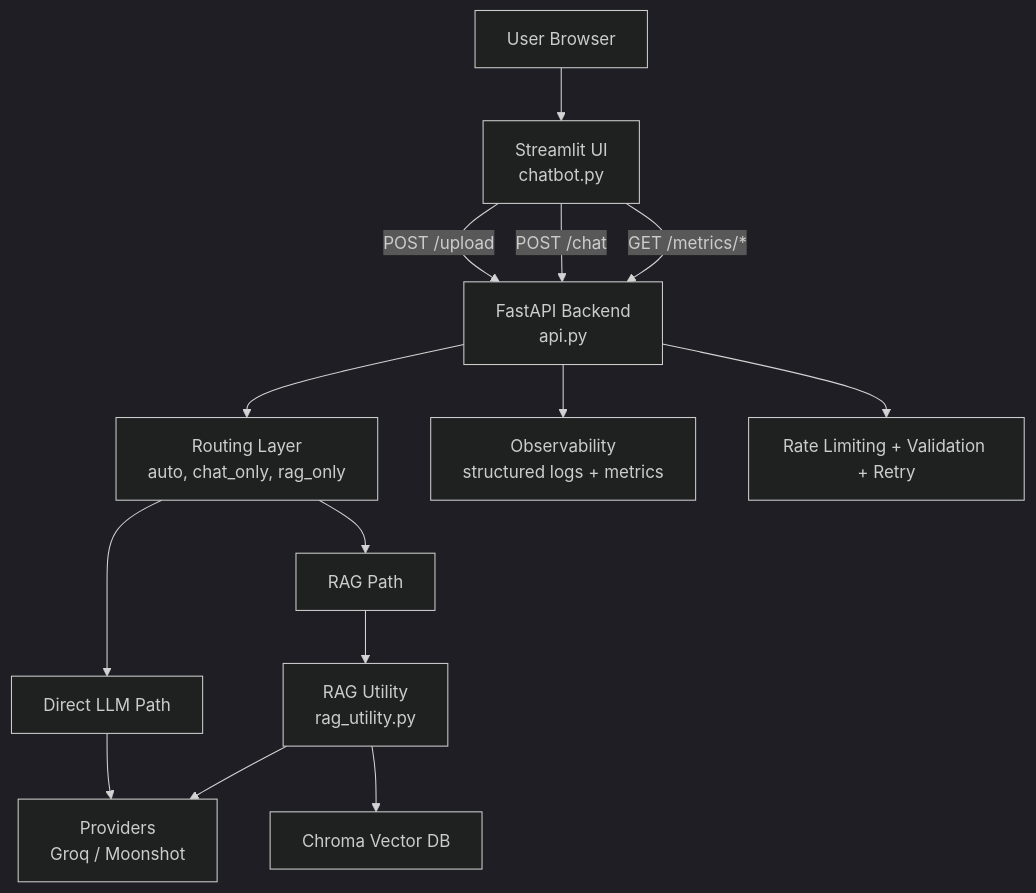
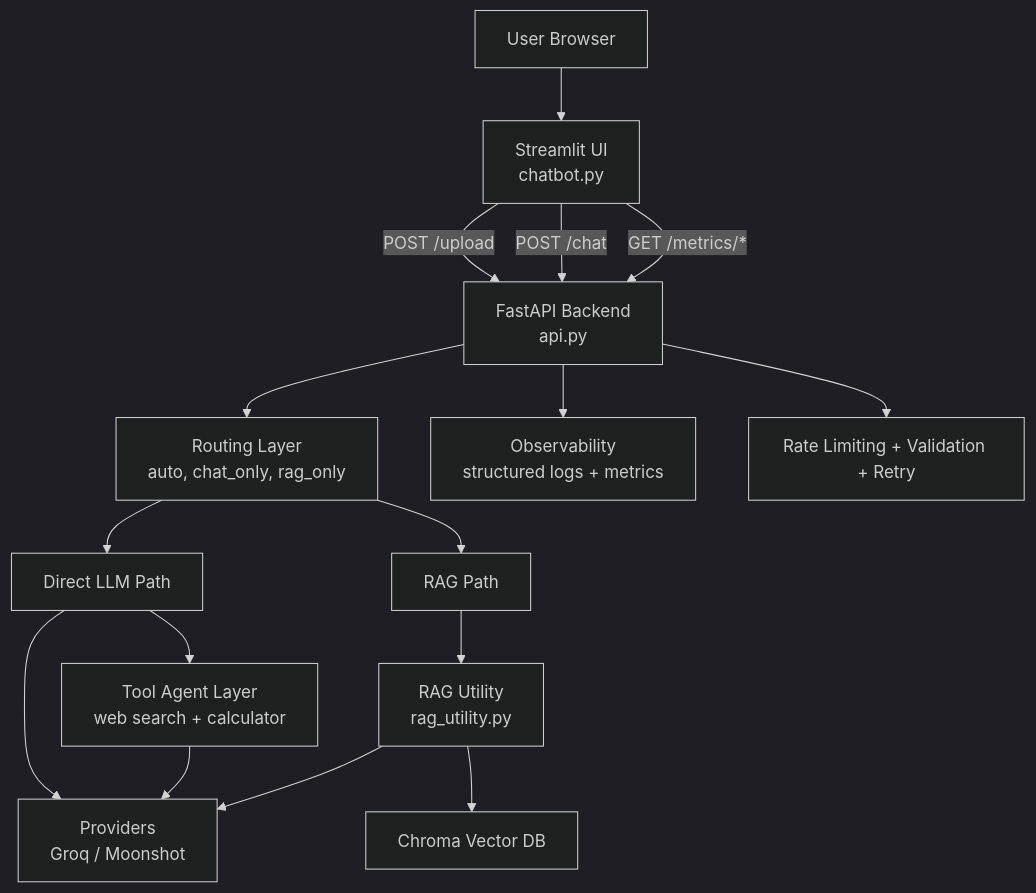
The diagram in README.md (pranjal-pr/Study-GPT), drawn with Mermaid (dark theme) before and after one commit. The commit also changed other lines of this file and 9 other files, not shown here.

````diff
--- a/README.md
+++ b/README.md
@@ -38,19 +39,21 @@
 ```mermaid
 flowchart TD
     A[User Browser] --> B[Streamlit UI<br/>chatbot.py]
     B -->|POST /upload| C[FastAPI Backend<br/>api.py]
     B -->|POST /chat| C
     B -->|GET /metrics/*| C
 
     C --> D[Routing Layer<br/>auto, chat_only, rag_only]
     D --> E[Direct LLM Path]
     D --> F[RAG Path]
+    E --> L[Tool Agent Layer<br/>web search + calculator]
 
     E --> G[Providers<br/>Groq / Moonshot]
+    L --> G
     F --> H[RAG Utility<br/>rag_utility.py]
     H --> I[Chroma Vector DB]
     H --> G
 
     C --> J[Observability<br/>structured logs + metrics]
     C --> K[Rate Limiting + Validation + Retry]
 ```
````
